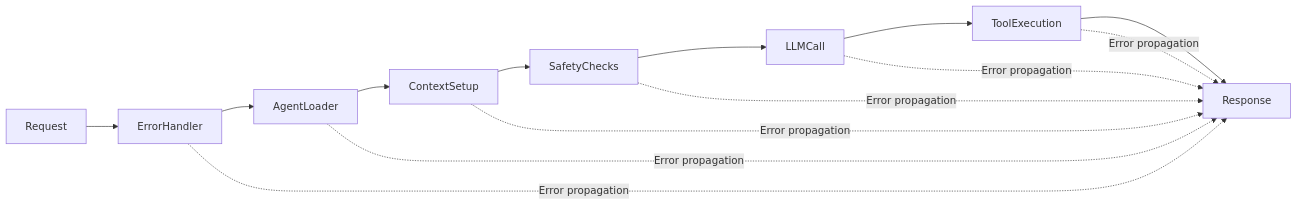
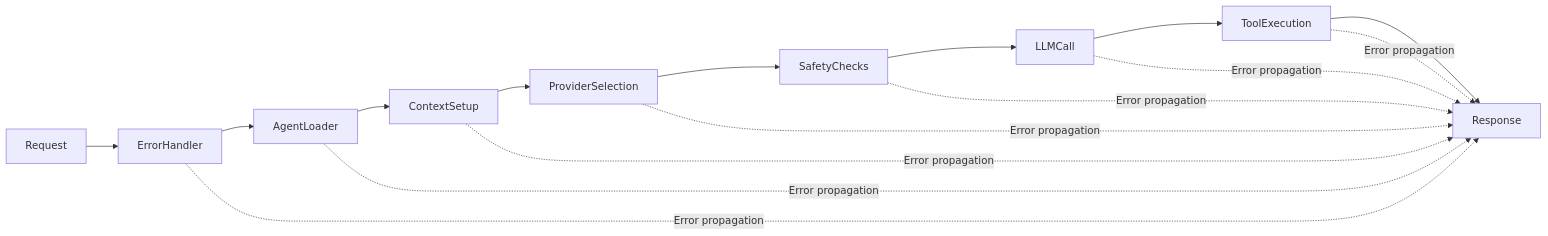
The first of 2 diagrams in docs/middleware-architecture.md (nielspeter/agent-orchestration-system), drawn with Mermaid before and after one commit. The commit also changed other lines of this file and 7 other files, not shown here.

````diff
--- a/docs/middleware-architecture.md
+++ b/docs/middleware-architecture.md
@@ -23,17 +23,19 @@
 ```mermaid
 graph LR
     Request --> ErrorHandler
     ErrorHandler --> AgentLoader
     AgentLoader --> ContextSetup
-    ContextSetup --> SafetyChecks
+    ContextSetup --> ProviderSelection
+    ProviderSelection --> SafetyChecks
     SafetyChecks --> LLMCall
     LLMCall --> ToolExecution
     ToolExecution --> Response
     
     ErrorHandler -.->|Error propagation| Response
     AgentLoader -.->|Error propagation| Response
     ContextSetup -.->|Error propagation| Response
+    ProviderSelection -.->|Error propagation| Response
     SafetyChecks -.->|Error propagation| Response
     LLMCall -.->|Error propagation| Response
     ToolExecution -.->|Error propagation| Response
 ```
````
